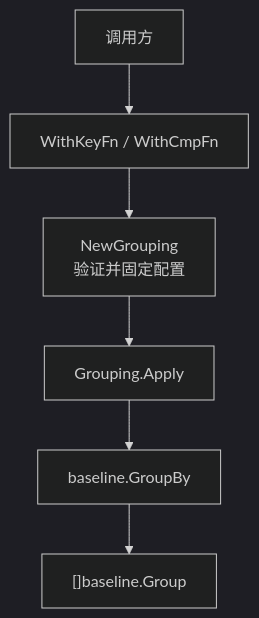
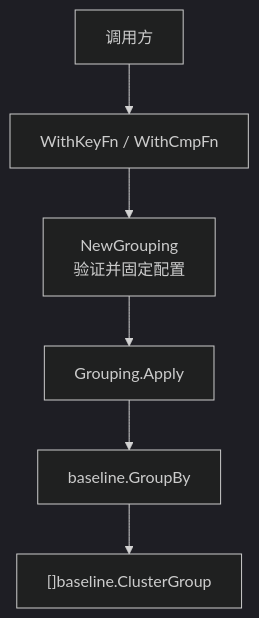
Before and after one commit to musicalzhu/dashboardService: the diagram in options/README.md, drawn with Mermaid (dark theme). The commit also changed other lines of this file and 27 other files, not shown here.

````diff
--- a/options/README.md
+++ b/options/README.md
@@ -21,8 +21,8 @@
 ```mermaid
 flowchart TD
     Caller["调用方"] --> Opts["WithKeyFn / WithCmpFn"]
     Opts --> Cfg["NewGrouping<br/>验证并固定配置"]
     Cfg --> Apply["Grouping.Apply"]
     Apply --> Core["baseline.GroupBy"]
-    Core --> Output["[]baseline.Group"]
+    Core --> Output["[]baseline.ClusterGroup"]
 ```
````
